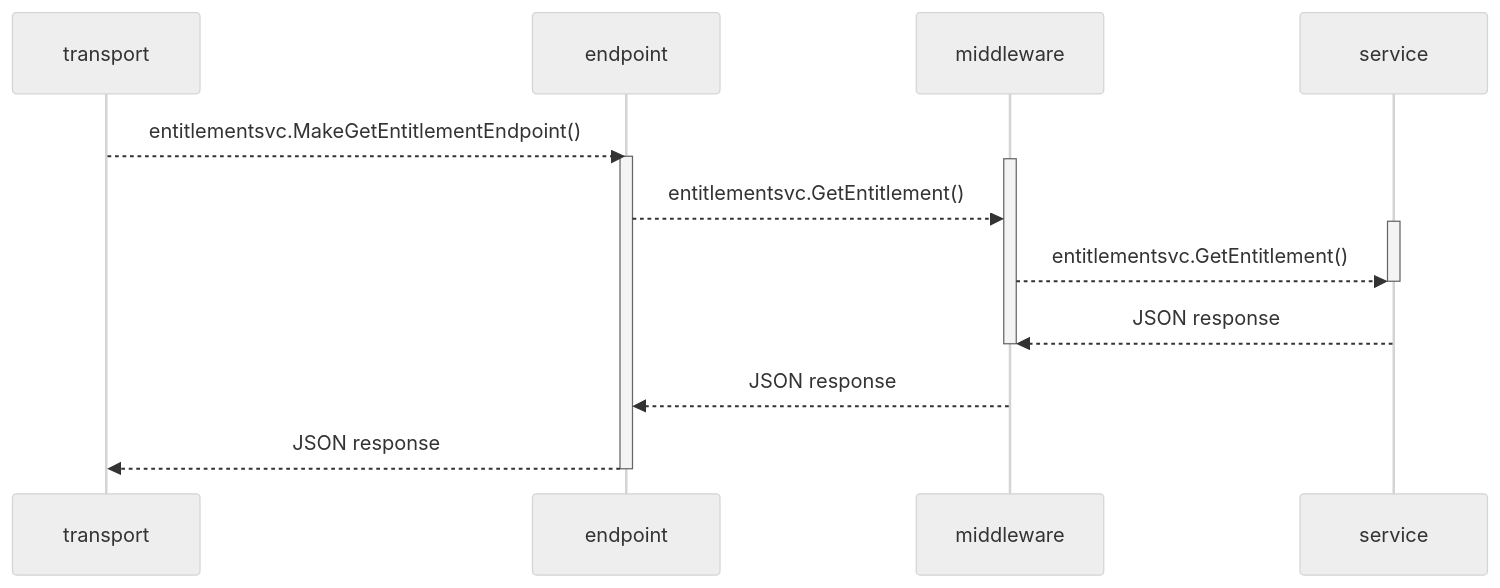
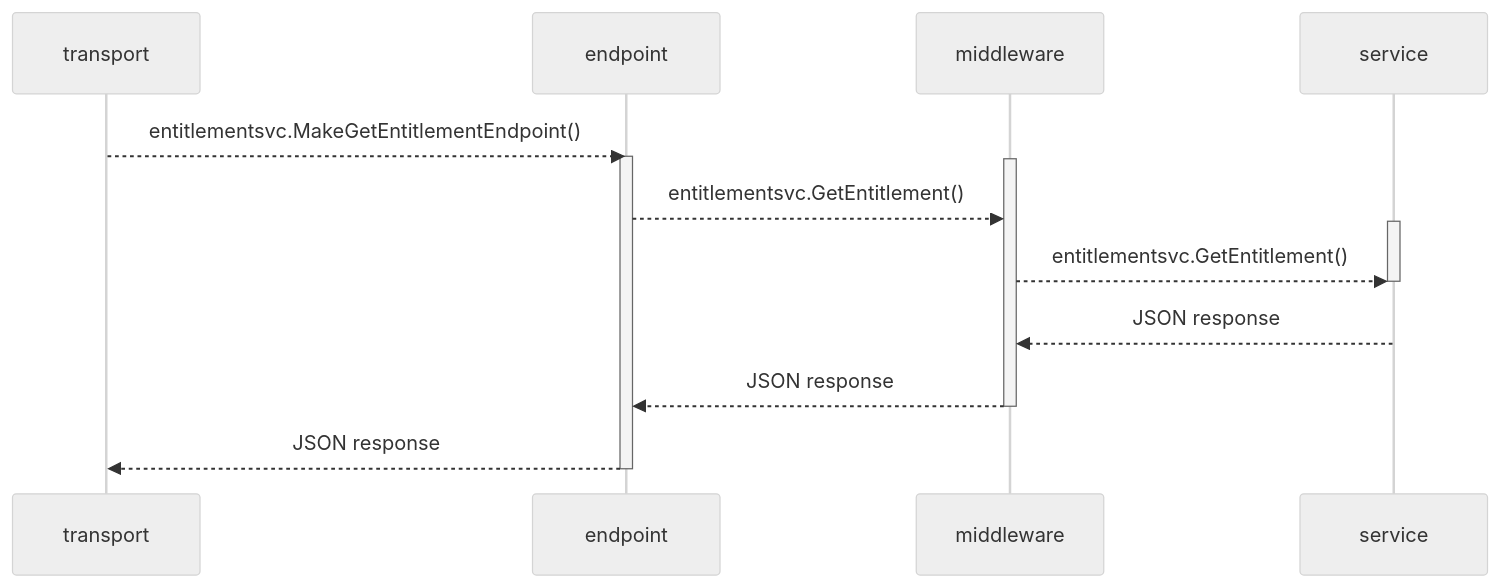
Before and after one commit to ankurkumarz/golang-gokit-service-blueprint: the diagram in README.md, drawn with Mermaid (neutral theme).

````diff
--- a/README.md
+++ b/README.md
@@ -24,19 +24,19 @@
 ```mermaid
 sequenceDiagram
     transport-->>endpoint: entitlementsvc.MakeGetEntitlementEndpoint()
     activate endpoint
 
     activate middleware
     endpoint-->>middleware: entitlementsvc.GetEntitlement()
 
     activate service
     middleware-->>service: entitlementsvc.GetEntitlement()
     deactivate service
 
     service-->>middleware: JSON response
+    middleware-->>endpoint: JSON response
     deactivate middleware
-
-    middleware-->>endpoint: JSON response
+    
     endpoint-->>transport: JSON response
     deactivate endpoint
 ```
````
